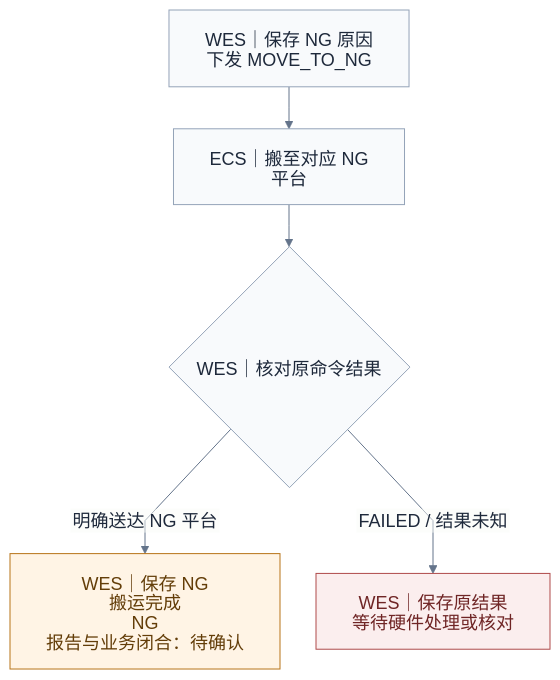
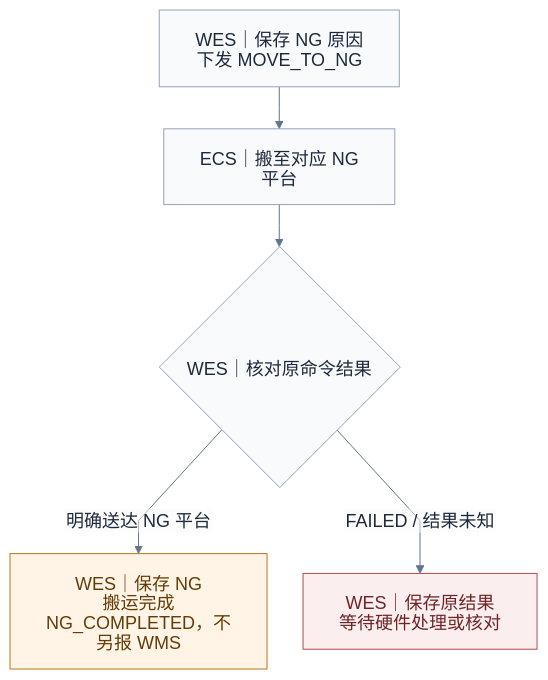
Before and after one commit to kaizhoumasha/maintenance-admin: the third of 5 diagrams in docs/integrations/coarse-sorting-api-draft.md, drawn with Mermaid. The commit also changed other lines of this file and 12 other files, not shown here.

````diff
--- a/docs/integrations/coarse-sorting-api-draft.md
+++ b/docs/integrations/coarse-sorting-api-draft.md
@@ -128,16 +137,16 @@
 ```mermaid
 %%{init: {"htmlLabels":false,"theme":"base","flowchart":{"htmlLabels":false,"padding":18,"nodeSpacing":36,"rankSpacing":42,"curve":"linear"},"themeVariables":{"fontFamily":"sans-serif","fontSize":"18px","primaryColor":"#f8fafc","primaryTextColor":"#1e293b","primaryBorderColor":"#94a3b8","lineColor":"#64748b"}}}%%
 flowchart TB
     command["WES｜保存 NG 原因<br/>下发 MOVE_TO_NG"]
     execute["ECS｜搬至对应 NG 平台"]
     result{"WES｜核对原命令结果"}
     pending["WES｜保存原结果<br/>等待硬件处理或核对"]
-    completed["WES｜保存 NG 搬运完成<br/>NG 报告与业务闭合：待确认"]
+    completed["WES｜保存 NG 搬运完成<br/>NG_COMPLETED，不另报 WMS"]
     command --> execute --> result
     result -->|明确送达 NG 平台| completed
     result -->|FAILED / 结果未知| pending
     classDef pending fill:#fbeeee,stroke:#af4b4b,color:#6f2525
     classDef ngBranch fill:#fff4e5,stroke:#b87418,color:#633d08
     class completed ngBranch
     class pending pending
 ```
````
